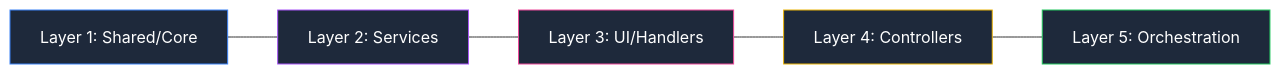
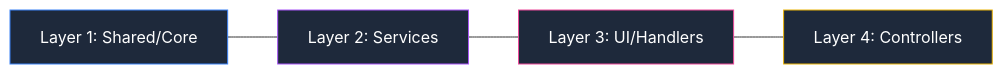
Before and after one commit to CardSorting/codemarie: the second of 2 diagrams in README.md, drawn with Mermaid. The commit also changed other lines of this file and 5 other files, not shown here.

````diff
--- a/README.md
+++ b/README.md
@@ -218,13 +141,11 @@
 ```mermaid
 graph LR
     L1[Layer 1: Shared/Core] --- L2[Layer 2: Services]
     L2 --- L3[Layer 3: UI/Handlers]
     L3 --- L4[Layer 4: Controllers]
-    L4 --- L5[Layer 5: Orchestration]
     
     style L1 fill:#1e293b,stroke:#3b82f6,color:#fff
     style L2 fill:#1e293b,stroke:#a855f7,color:#fff
     style L3 fill:#1e293b,stroke:#ec4899,color:#fff
     style L4 fill:#1e293b,stroke:#eab308,color:#fff
-    style L5 fill:#1e293b,stroke:#22c55e,color:#fff
 ```
````
